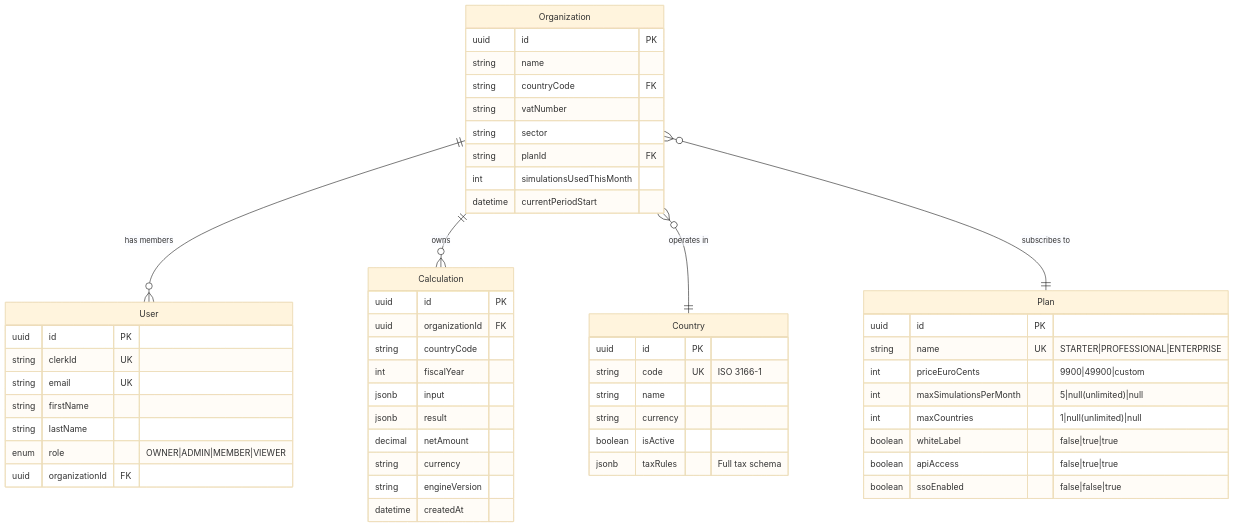
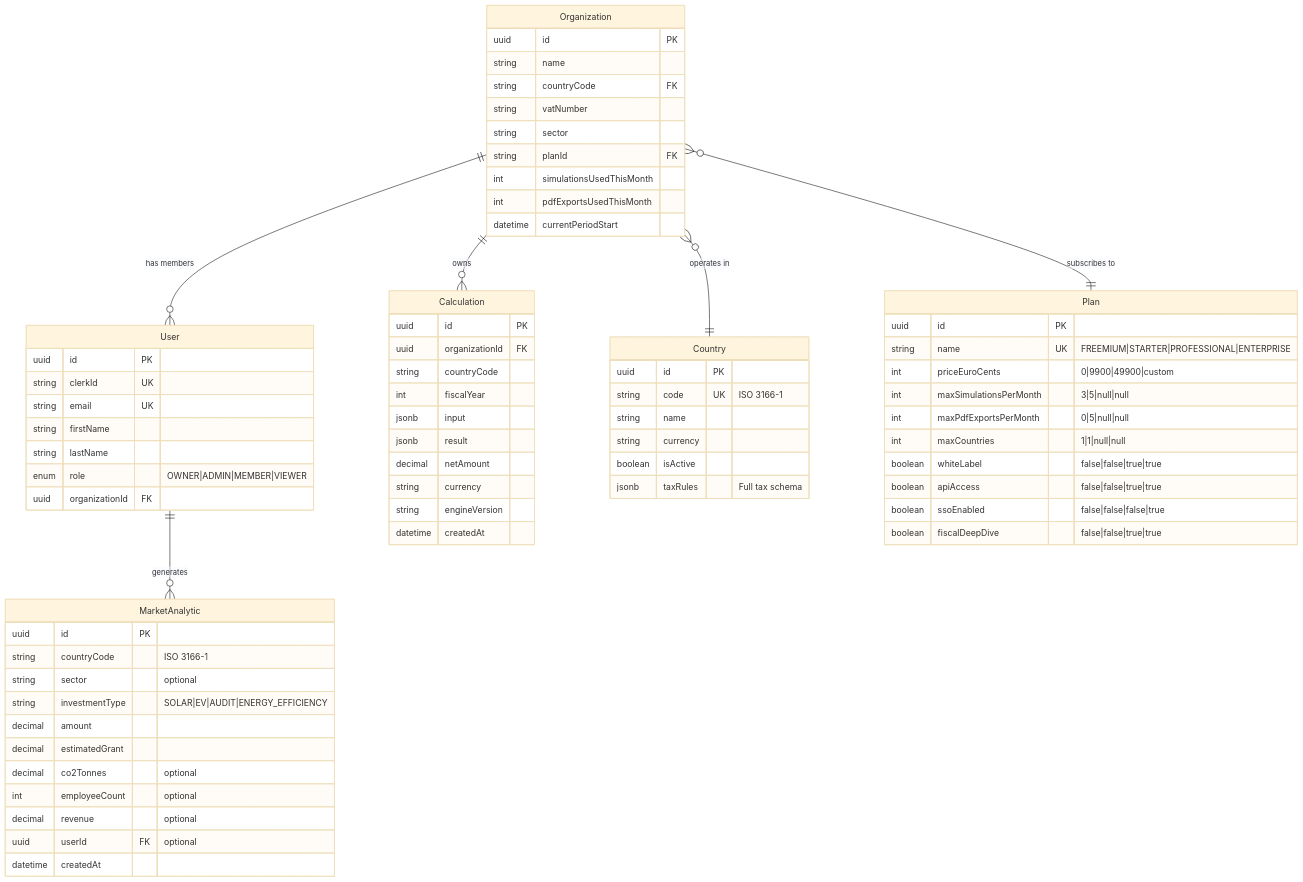
The sixth of 6 diagrams in README.md (nabz0r/Global-Green-Tax), drawn with Mermaid (base theme) before and after one commit. The commit also changed other lines of this file and 1 other file, not shown here.

First line of the commit message:
docs: update README and architecture for Freemium tier, admin dashboard, data lake & AI pipeline

````diff
--- a/README.md
+++ b/README.md
@@ -522,61 +614,79 @@
 ```mermaid
 erDiagram
     Organization ||--o{ User : "has members"
     Organization ||--o{ Calculation : "owns"
     Organization }o--|| Country : "operates in"
     Organization }o--|| Plan : "subscribes to"
+    User ||--o{ MarketAnalytic : "generates"
 
     Plan {
         uuid id PK
-        string name UK "STARTER|PROFESSIONAL|ENTERPRISE"
-        int priceEuroCents "9900|49900|custom"
-        int maxSimulationsPerMonth "5|null(unlimited)|null"
-        int maxCountries "1|null(unlimited)|null"
-        boolean whiteLabel "false|true|true"
-        boolean apiAccess "false|true|true"
-        boolean ssoEnabled "false|false|true"
+        string name UK "FREEMIUM|STARTER|PROFESSIONAL|ENTERPRISE"
+        int priceEuroCents "0|9900|49900|custom"
+        int maxSimulationsPerMonth "3|5|null|null"
+        int maxPdfExportsPerMonth "0|5|null|null"
+        int maxCountries "1|1|null|null"
+        boolean whiteLabel "false|false|true|true"
+        boolean apiAccess "false|false|true|true"
+        boolean ssoEnabled "false|false|false|true"
+        boolean fiscalDeepDive "false|false|true|true"
     }
 
     Organization {
         uuid id PK
         string name
         string countryCode FK
         string vatNumber
         string sector
         string planId FK
         int simulationsUsedThisMonth
+        int pdfExportsUsedThisMonth
         datetime currentPeriodStart
     }
 
     User {
         uuid id PK
         string clerkId UK
         string email UK
         string firstName
         string lastName
         enum role "OWNER|ADMIN|MEMBER|VIEWER"
         uuid organizationId FK
     }
 
     Country {
         uuid id PK
         string code UK "ISO 3166-1"
         string name
         string currency
         boolean isActive
         jsonb taxRules "Full tax schema"
     }
 
     Calculation {
         uuid id PK
         uuid organizationId FK
         string countryCode
         int fiscalYear
         jsonb input
         jsonb result
         decimal netAmount
         string currency
         string engineVersion
         datetime createdAt
     }
+
+    MarketAnalytic {
+        uuid id PK
+        string countryCode "ISO 3166-1"
+        string sector "optional"
+        string investmentType "SOLAR|EV|AUDIT|ENERGY_EFFICIENCY"
+        decimal amount
+        decimal estimatedGrant
+        decimal co2Tonnes "optional"
+        int employeeCount "optional"
+        decimal revenue "optional"
+        uuid userId FK "optional"
+        datetime createdAt
+    }
 ```
````
